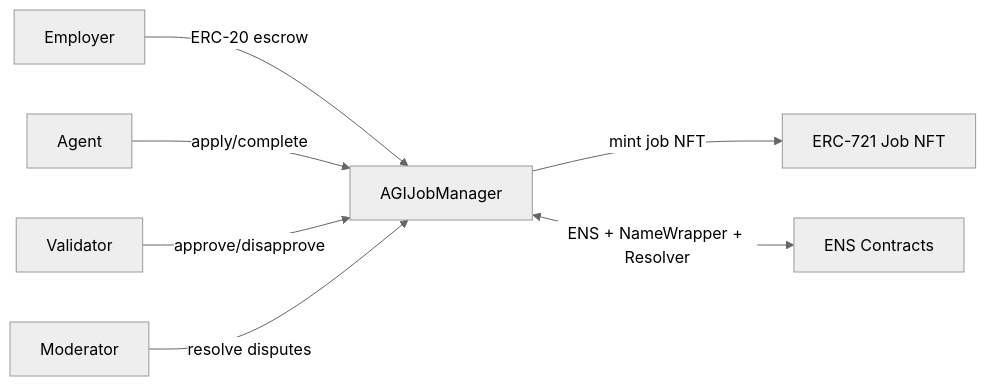
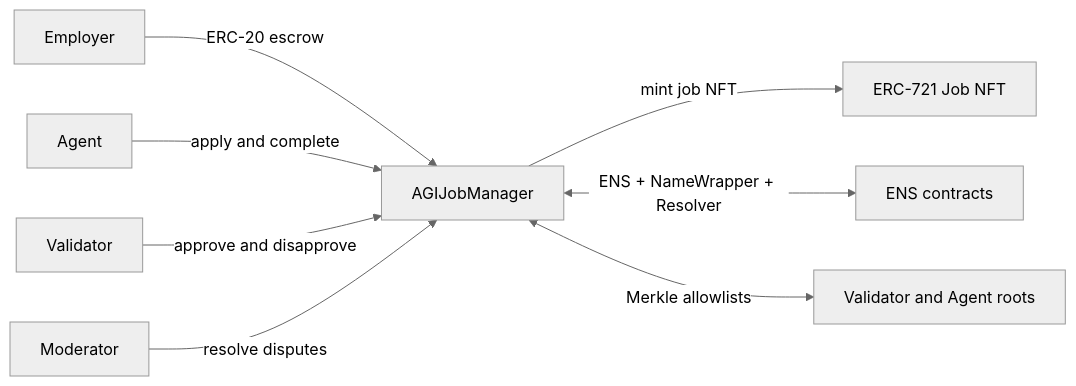
Before and after one commit to MontrealAI/AGIJobManager: the second of 2 diagrams in README.md, drawn with Mermaid (neutral theme). The commit also changed other lines of this file and 12 other files, not shown here.

````diff
--- a/README.md
+++ b/README.md
@@ -225,9 +96,10 @@
 ```mermaid
 flowchart LR
     Employer -->|ERC-20 escrow| AGIJobManager
-    Agent -->|apply/complete| AGIJobManager
-    Validator -->|approve/disapprove| AGIJobManager
+    Agent -->|apply and complete| AGIJobManager
+    Validator -->|approve and disapprove| AGIJobManager
     Moderator -->|resolve disputes| AGIJobManager
     AGIJobManager -->|mint job NFT| JobNFT[ERC-721 Job NFT]
-    AGIJobManager <-->|ENS + NameWrapper + Resolver| ENS[ENS Contracts]
+    AGIJobManager <-->|ENS + NameWrapper + Resolver| ENS[ENS contracts]
+    AGIJobManager <-->|Merkle allowlists| Merkle[Validator and Agent roots]
 ```
````
